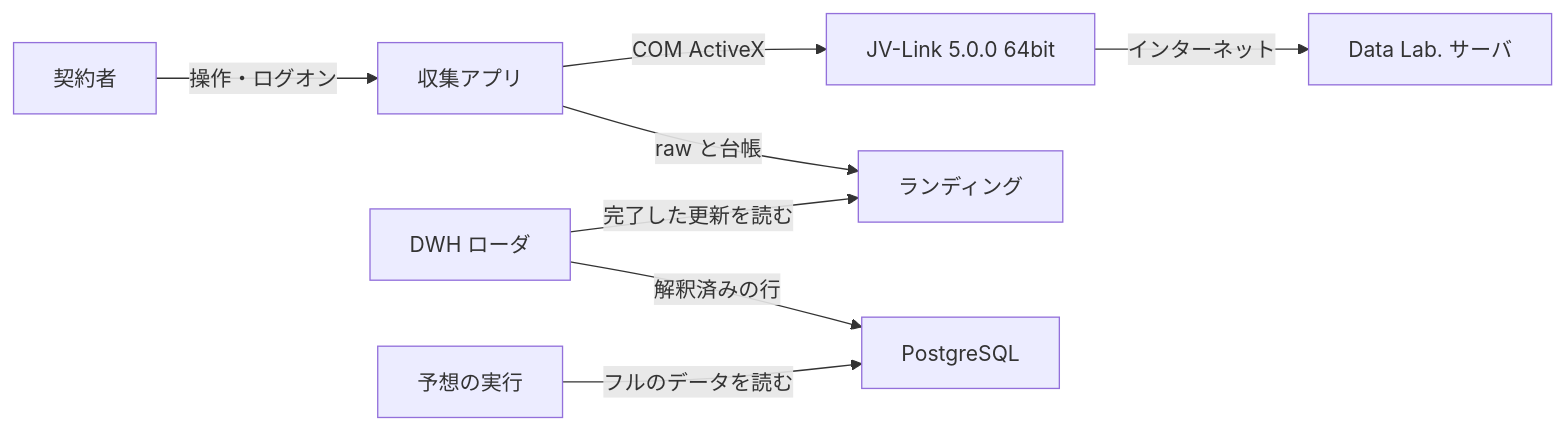
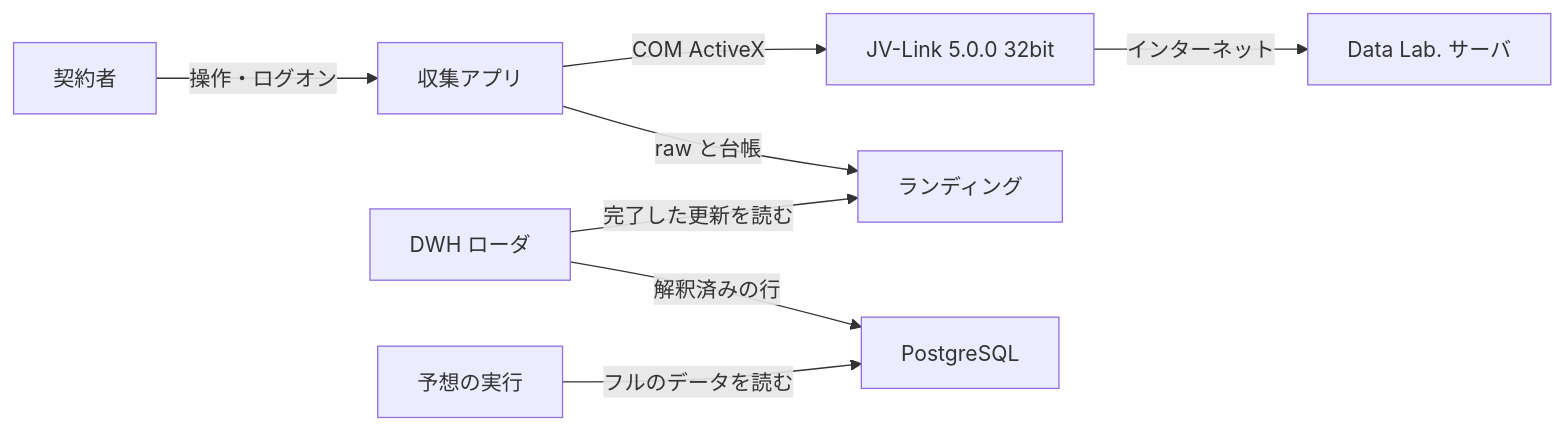
One commit to betashort/keiba-dwh changed the first of 2 diagrams in docs/architecture.md. Above: the diagram before and after it, drawn with Mermaid. The commit also changed other lines of this file and 23 other files, not shown here.

Commit message:
公式の 32bit JV-Link に合わせて収集アプリを x86 にし、取得中の進み具合をプログレスバーで出す。

````diff
--- a/docs/architecture.md
+++ b/docs/architecture.md
@@ -23,19 +23,19 @@
 ```mermaid
 flowchart LR
   user["契約者"]
   app["収集アプリ"]
-  jvlink["JV-Link 5.0.0 64bit"]
+  jvlink["JV-Link 5.0.0 32bit"]
   server["Data Lab. サーバ"]
   disk["ランディング"]
   loader["DWH ローダ"]
   pg["PostgreSQL"]
   run["予想の実行"]
 
   user -->|"操作・ログオン"| app
   app -->|"COM ActiveX"| jvlink
   jvlink -->|"インターネット"| server
   app -->|"raw と台帳"| disk
   loader -->|"完了した更新を読む"| disk
   loader -->|"解釈済みの行"| pg
   run -->|"フルのデータを読む"| pg
 ```
````
